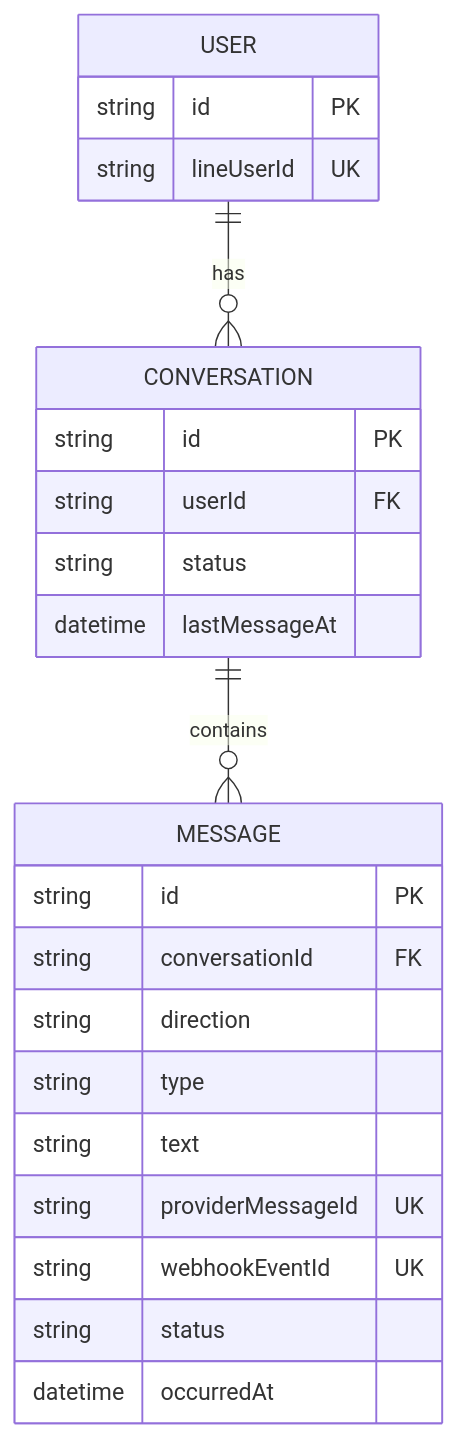
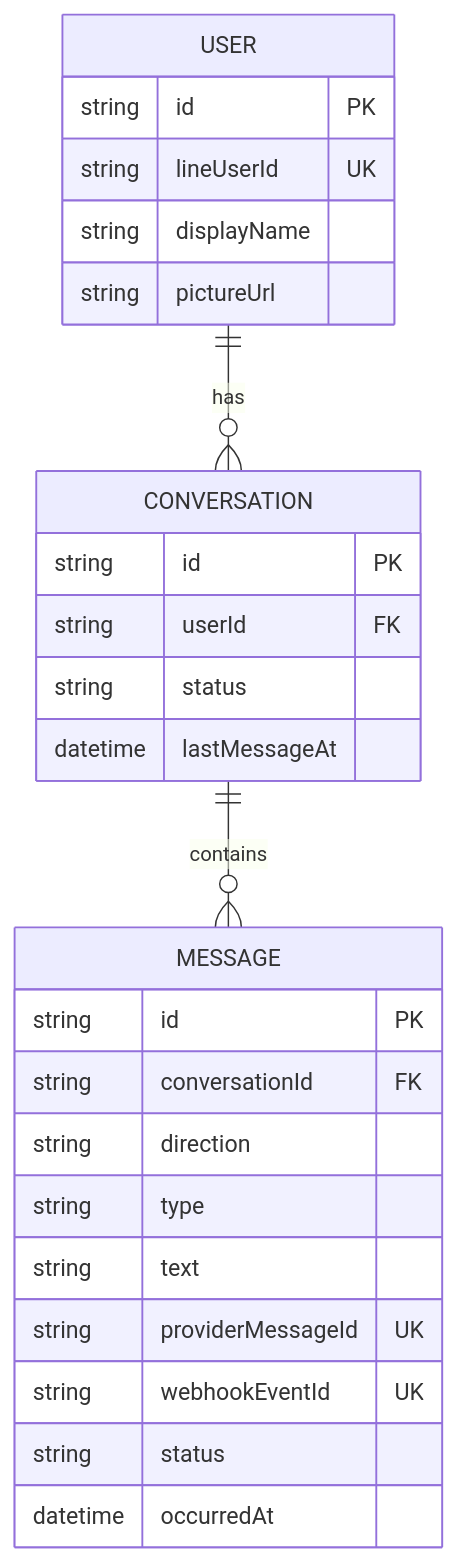
Before and after one commit to NNICEEt/web-chat-mvp: the second of 2 diagrams in README.md, drawn with Mermaid. The commit also changed other lines of this file and 8 other files, not shown here.

````diff
--- a/README.md
+++ b/README.md
@@ -111,29 +112,31 @@
 ```mermaid
 erDiagram
     USER ||--o{ CONVERSATION : has
     CONVERSATION ||--o{ MESSAGE : contains
 
     USER {
       string id PK
       string lineUserId UK
+      string displayName
+      string pictureUrl
     }
 
     CONVERSATION {
       string id PK
       string userId FK
       string status
       datetime lastMessageAt
     }
 
     MESSAGE {
       string id PK
       string conversationId FK
       string direction
       string type
       string text
       string providerMessageId UK
       string webhookEventId UK
       string status
       datetime occurredAt
     }
 ```
````
